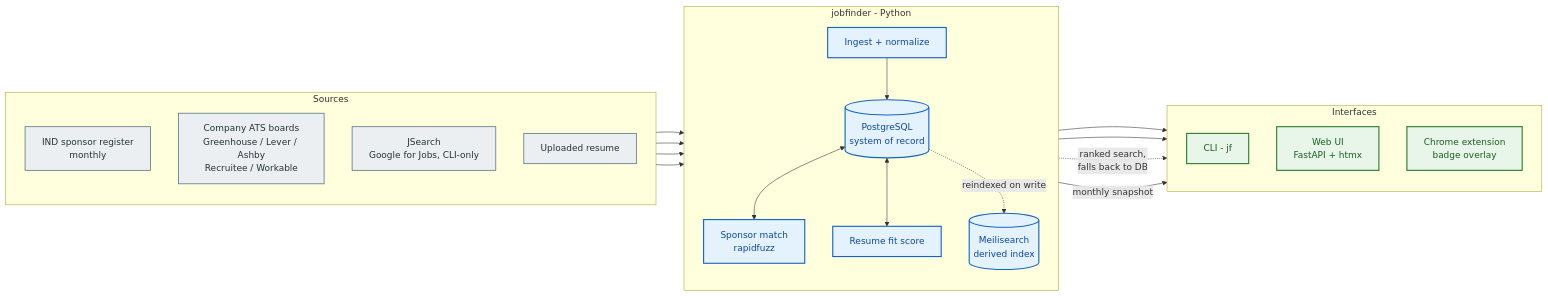
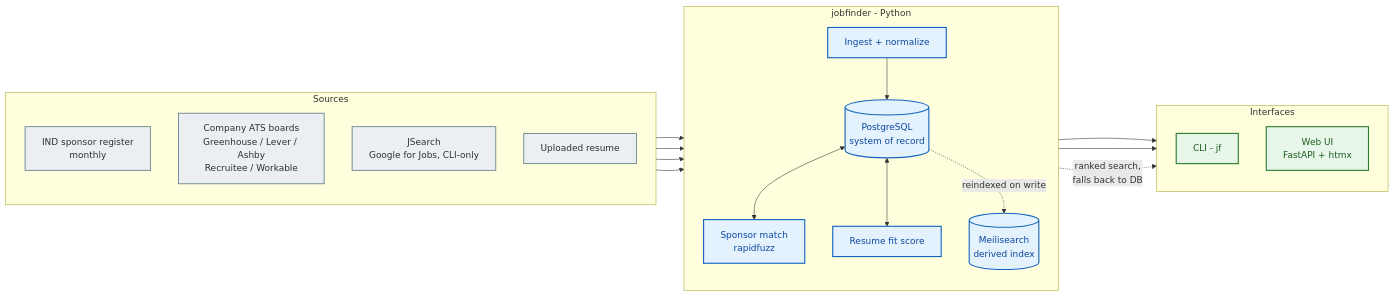
One commit to adam-bouafia/JobFinder changed the first of 2 diagrams in README.md. Above: the diagram before and after it, drawn with Mermaid. The commit also changed other lines of this file and 3 other files, not shown here.

````diff
--- a/README.md
+++ b/README.md
@@ -38,48 +36,46 @@
 ```mermaid
 flowchart LR
     subgraph SRC["Sources"]
         direction TB
         IND["IND sponsor register\nmonthly"]
         ATS["Company ATS boards\nGreenhouse / Lever / Ashby\nRecruitee / Workable"]
         JSEARCH["JSearch\nGoogle for Jobs, CLI-only"]
         RESUME["Uploaded resume"]
     end
 
     subgraph CORE["jobfinder - Python"]
         direction TB
         INGEST["Ingest + normalize"]
         DB[("PostgreSQL\nsystem of record")]
         MATCH["Sponsor match\nrapidfuzz"]
         SCORE["Resume fit score"]
         SEARCH[("Meilisearch\nderived index")]
     end
 
     subgraph OUT["Interfaces"]
         direction TB
         CLI["CLI - jf"]
         WEB["Web UI\nFastAPI + htmx"]
-        EXT["Chrome extension\nbadge overlay"]
     end
 
     IND --> INGEST
     ATS --> INGEST
     JSEARCH --> INGEST
     RESUME --> INGEST
     INGEST --> DB
     DB <--> MATCH
     DB <--> SCORE
     DB -. "reindexed on write" .-> SEARCH
 
     DB --> CLI
     DB --> WEB
     SEARCH -. "ranked search,\nfalls back to DB" .-> WEB
-    DB -->|"monthly snapshot"| EXT
 
     classDef source fill:#eceff1,stroke:#607d8b,stroke-width:1.5px,color:#263238
     classDef core fill:#e3f2fd,stroke:#1565c0,stroke-width:2px,color:#0d47a1
     classDef out fill:#e8f5e9,stroke:#2e7d32,stroke-width:2px,color:#1b5e20
 
     class IND,ATS,JSEARCH,RESUME source
     class INGEST,DB,MATCH,SCORE,SEARCH core
-    class CLI,WEB,EXT out
+    class CLI,WEB out
 ```
````
